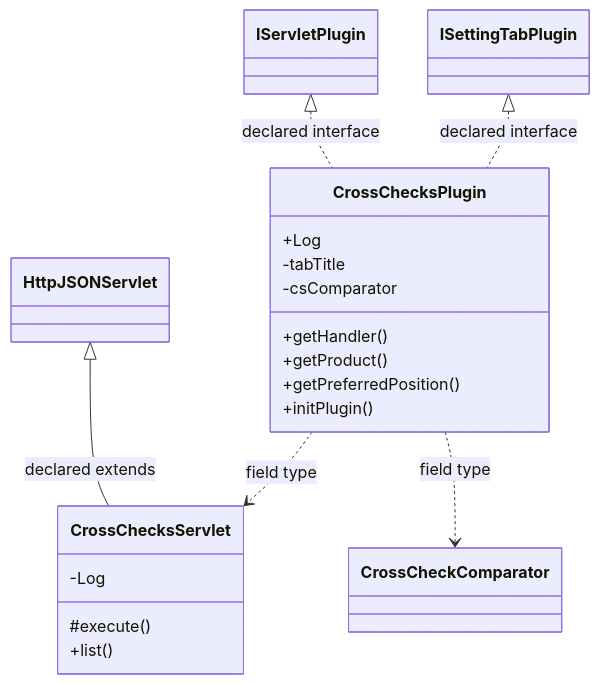
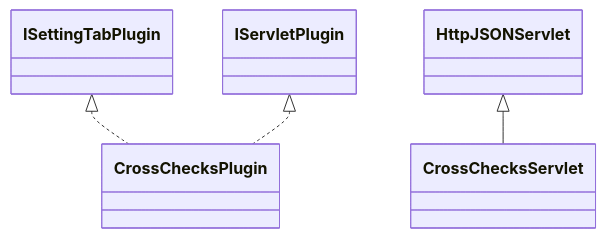
One commit to haruperi/HaruQuantAI changed the diagram in docs/sqx/Shared/SettingsCrossChecks.md. Above: the diagram before and after it, drawn with Mermaid. The commit also changed other lines of this file and 1688 other files, not shown here.

````diff
--- a/docs/sqx/Shared/SettingsCrossChecks.md
+++ b/docs/sqx/Shared/SettingsCrossChecks.md
@@ -30,26 +26,11 @@
 ```mermaid
 classDiagram
-    class C07d73db3478c["CrossChecksPlugin"] {
-        +Log
-        -tabTitle
-        -csComparator
-        +getHandler()
-        +getProduct()
-        +getPreferredPosition()
-        +initPlugin()
-    }
-    class Ce11cc7b7ffea["CrossChecksServlet"] {
-        -Log
-        #execute()
-        +list()
-    }
-    class C8c409095a255["CrossCheckComparator"]
-    class C249b5c671b1a["IServletPlugin"]
-    class C27734eb41505["ISettingTabPlugin"]
-    class C8900f90ae594["HttpJSONServlet"]
-    C27734eb41505 <|.. C07d73db3478c : declared interface
-    C249b5c671b1a <|.. C07d73db3478c : declared interface
-    C07d73db3478c ..> Ce11cc7b7ffea : field type
-    C07d73db3478c ..> C8c409095a255 : field type
-    C8900f90ae594 <|-- Ce11cc7b7ffea : declared extends
+    class C0["CrossChecksPlugin"]
+    class C1["CrossChecksServlet"]
+    class E0["ISettingTabPlugin"]
+    E0 <|.. C0
+    class E1["IServletPlugin"]
+    E1 <|.. C0
+    class E2["HttpJSONServlet"]
+    E2 <|-- C1
 ```
````
